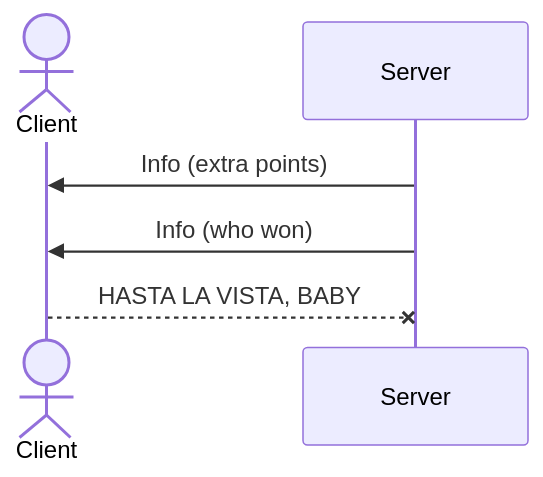
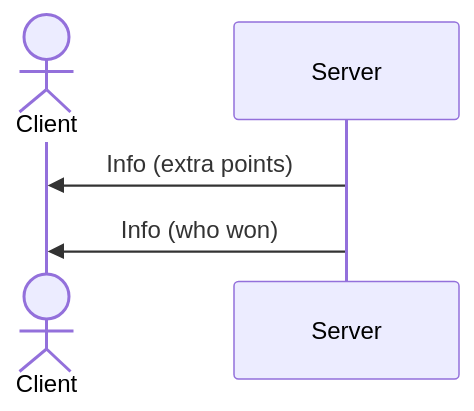
One commit to TheCaptainCraken/IS24-AM26 changed the fourth of 4 diagrams in deliverables/connection-serius.md. Above: the diagram before and after it, drawn with Mermaid. The commit also changed other lines of this file and 1 other file, not shown here.

Commit message:
update of uml

````diff
--- a/deliverables/connection-serius.md
+++ b/deliverables/connection-serius.md
@@ -65,7 +90,6 @@
 ```mermaid
 sequenceDiagram
     actor Client
     Server ->> Client: Info (extra points)
     Server ->> Client: Info (who won)
-    Client --x Server: HASTA LA VISTA, BABY
 ```
````
